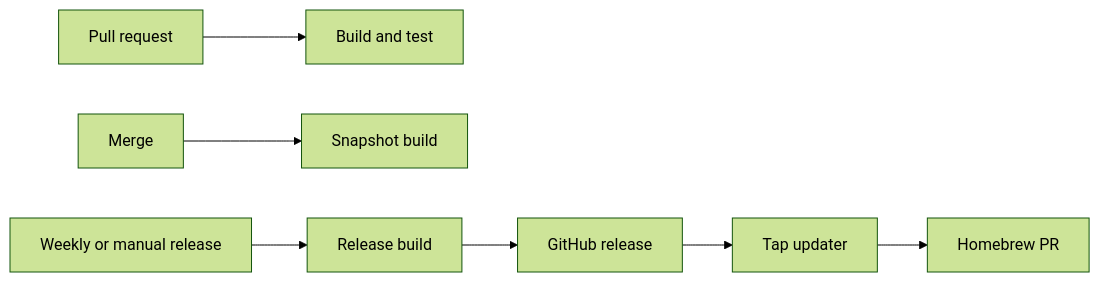
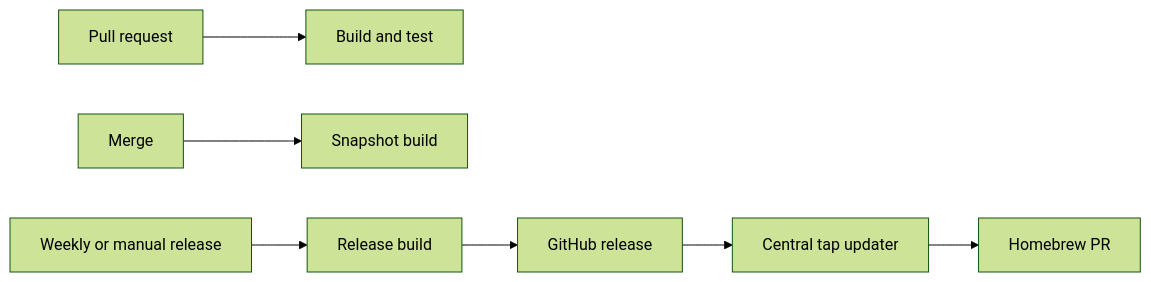
Before and after one commit to YunaBraska/YunaBraska: the diagram in SWIFT_CI_CD.md, drawn with Mermaid (forest theme). The commit also changed other lines of this file and 5 other files, not shown here.

````diff
--- a/SWIFT_CI_CD.md
+++ b/SWIFT_CI_CD.md
@@ -3,9 +3,9 @@
 ```mermaid
 flowchart LR
   PR[Pull request] --> B[Build and test]
   M[Merge] --> S[Snapshot build]
   W[Weekly or manual release] --> R[Release build]
   R --> G[GitHub release]
-  G --> H[Tap updater]
+  G --> H[Central tap updater]
   H --> P[Homebrew PR]
 ```
````
